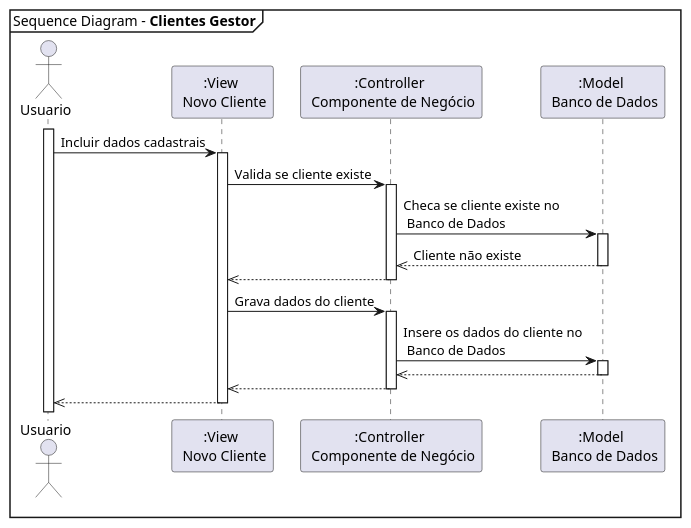
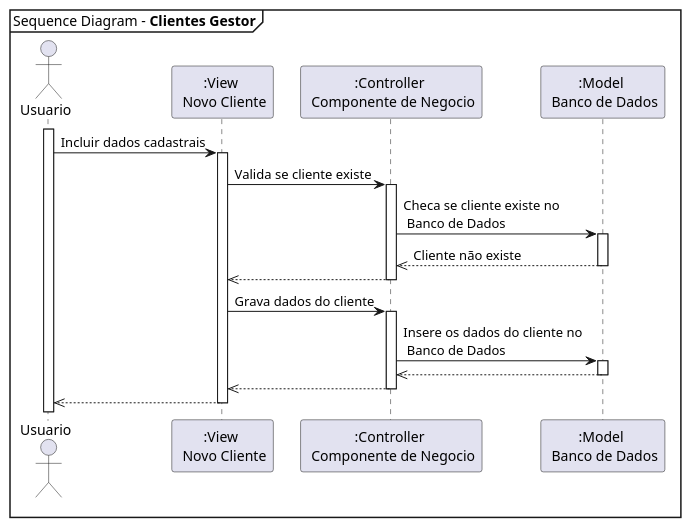
One commit to douglascarlos-dev/Clientes-Gestor changed the diagram in modelagem/diagrama_de_sequencia.plantuml. Above: the diagram before and after it, drawn with PlantUML. The commit also changed 3 other files, not shown here.

```diff
--- a/modelagem/diagrama_de_sequencia.plantuml
+++ b/modelagem/diagrama_de_sequencia.plantuml
@@ -1,38 +1,38 @@
 @startuml Sequence Diagram
 
 mainframe Sequence Diagram - **Clientes Gestor**
 
 actor Usuario
 activate Usuario
 deactivate Usuario
 
 Usuario -> ":View \n Novo Cliente": Incluir dados cadastrais
 activate ":View \n Novo Cliente"
 
-":View \n Novo Cliente" -> ":Controller \n Componente de Negócio": Valida se cliente existe
-activate ":Controller \n Componente de Negócio"
+":View \n Novo Cliente" -> ":Controller \n Componente de Negocio": Valida se cliente existe
+activate ":Controller \n Componente de Negocio"
 
-":Controller \n Componente de Negócio" -> ":Model \n Banco de Dados": Checa se cliente existe no \n Banco de Dados
+":Controller \n Componente de Negocio" -> ":Model \n Banco de Dados": Checa se cliente existe no \n Banco de Dados
 activate ":Model \n Banco de Dados"
-":Model \n Banco de Dados" -->> ":Controller \n Componente de Negócio": Cliente não existe
+":Model \n Banco de Dados" -->> ":Controller \n Componente de Negocio": Cliente não existe
 deactivate ":Model \n Banco de Dados"
 
-":Controller \n Componente de Negócio" -->> ":View \n Novo Cliente": 
-deactivate ":Controller \n Componente de Negócio"
+":Controller \n Componente de Negocio" -->> ":View \n Novo Cliente": 
+deactivate ":Controller \n Componente de Negocio"
 
-":View \n Novo Cliente" -> ":Controller \n Componente de Negócio": Grava dados do cliente
-activate ":Controller \n Componente de Negócio"
+":View \n Novo Cliente" -> ":Controller \n Componente de Negocio": Grava dados do cliente
+activate ":Controller \n Componente de Negocio"
 
-":Controller \n Componente de Negócio" -> ":Model \n Banco de Dados": Insere os dados do cliente no \n Banco de Dados
+":Controller \n Componente de Negocio" -> ":Model \n Banco de Dados": Insere os dados do cliente no \n Banco de Dados
 activate ":Model \n Banco de Dados"
-":Model \n Banco de Dados" -->> ":Controller \n Componente de Negócio":
+":Model \n Banco de Dados" -->> ":Controller \n Componente de Negocio":
 deactivate ":Model \n Banco de Dados"
 
-":Controller \n Componente de Negócio" -->> ":View \n Novo Cliente": 
-deactivate ":Controller \n Componente de Negócio"
+":Controller \n Componente de Negocio" -->> ":View \n Novo Cliente": 
+deactivate ":Controller \n Componente de Negocio"
 
 ":View \n Novo Cliente" -->> Usuario: 
 deactivate ":View \n Novo Cliente"
 
 
 @enduml
```
